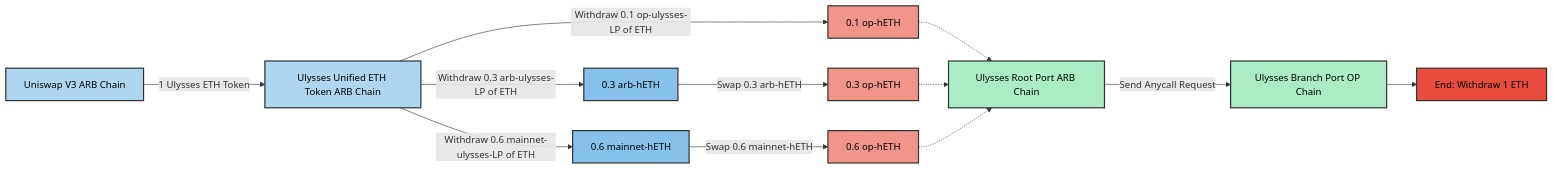
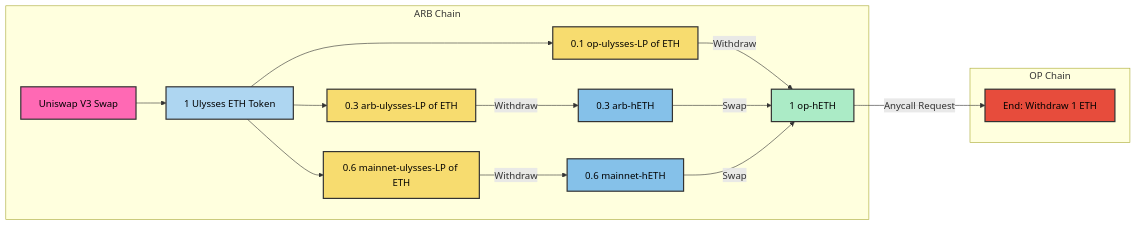
Before and after one commit to Maia-DAO/ecosystem-docs: the third of 3 diagrams in versioned_docs/version-Ulysses/overview/unified-liquidity/02-ulysses-unified-tokens.md, drawn with Mermaid. The commit also changed other lines of this file, not shown here.

Commit message:
Improve mermaid graph

````diff
--- a/versioned_docs/version-Ulysses/overview/unified-liquidity/02-ulysses-unified-tokens.md
+++ b/versioned_docs/version-Ulysses/overview/unified-liquidity/02-ulysses-unified-tokens.md
@@ -160,25 +169,29 @@
 ```mermaid
 graph LR
-    style R1 fill:#85C1E9,stroke:#333,stroke-width:2px,color:#000;
-    style R2 fill:#85C1E9,stroke:#333,stroke-width:2px,color:#000;
-    style L fill:#AED6F1,stroke:#333,stroke-width:2px,color:#000;
+    style Q2 fill:#85C1E9,stroke:#333,stroke-width:2px,color:#000;
+    style Q3 fill:#85C1E9,stroke:#333,stroke-width:2px,color:#000;
+    style R1 fill:#F7DC6F,stroke:#333,stroke-width:2px,color:#000;
+    style R2 fill:#F7DC6F,stroke:#333,stroke-width:2px,color:#000;
+    style R3 fill:#F7DC6F,stroke:#333,stroke-width:2px,color:#000;
+    style L fill:#FF69B4,stroke:#333,stroke-width:2px,color:#000;
     style M fill:#AED6F1,stroke:#333,stroke-width:2px,color:#000;
-    style R4 fill:#F1948A,stroke:#333,stroke-width:2px,color:#000;
-    style R5 fill:#F1948A,stroke:#333,stroke-width:2px,color:#000;
-    style R6 fill:#F1948A,stroke:#333,stroke-width:2px,color:#000;
-    style Q fill:#ABEBC6,stroke:#333,stroke-width:2px,color:#000;
-    style T fill:#ABEBC6,stroke:#333,stroke-width:2px,color:#000;
+    style S fill:#ABEBC6,stroke:#333,stroke-width:2px,color:#000;
     style V fill:#E74C3C,stroke:#333,stroke-width:2px,color:#000;
-    L[Uniswap V3 ARB Chain]
-    L -->|1 Ulysses ETH Token| M[Ulysses Unified ETH Token ARB Chain]
-    M -->|Withdraw 0.1 op-ulysses-LP of ETH| R4[0.1 op-hETH]
-    M -->|Withdraw 0.3 arb-ulysses-LP of ETH| R1[0.3 arb-hETH]
-    M -->|Withdraw 0.6 mainnet-ulysses-LP of ETH| R2[0.6 mainnet-hETH]
-    R1 -->|Swap 0.3 arb-hETH| R5[0.3 op-hETH]
-    R2 -->|Swap 0.6 mainnet-hETH| R6[0.6 op-hETH]
-    R4 -.-> Q[Ulysses Root Port ARB Chain]
-    R5 -.-> Q
-    R6 -.-> Q
-    Q -->|Send Anycall Request| T[Ulysses Branch Port OP Chain]
-    T -->  V[End: Withdraw 1 ETH]
+
+    subgraph ARB Chain
+        L[Uniswap V3 Swap]
+        L --> M[1 Ulysses ETH Token]
+        M --> R1[0.1 op-ulysses-LP of ETH]
+        M --> R2[0.3 arb-ulysses-LP of ETH]
+        M --> R3[0.6 mainnet-ulysses-LP of ETH]
+        R2 -->|Withdraw| Q2[0.3 arb-hETH]
+        R3 -->|Withdraw| Q3[0.6 mainnet-hETH]
+        R1 --> |Withdraw| S[1 op-hETH]
+        Q2 -->|Swap| S
+        Q3 -->|Swap| S
+    end
+
+    subgraph OP Chain
+        S -->|Anycall Request| V[End: Withdraw 1 ETH]
+    end
 ```
````
